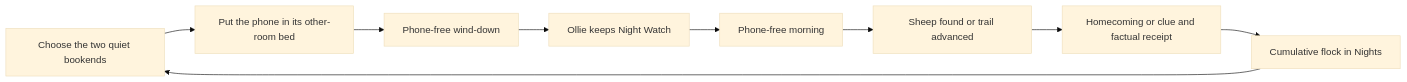
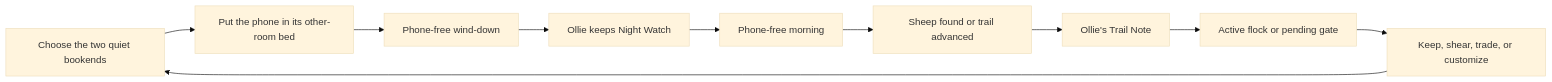
Before and after one commit to papermelon/phone-in-the-other-room: the diagram in docs/REWARDS.md, drawn with Mermaid (base theme). The commit also changed other lines of this file and 319 other files, not shown here.

````diff
--- a/docs/REWARDS.md
+++ b/docs/REWARDS.md
@@ -10,11 +10,12 @@
 ```mermaid
 flowchart LR
     Plan[Choose the two quiet bookends] --> Away[Put the phone in its other-room bed]
     Away --> Evening[Phone-free wind-down]
     Evening --> Night[Ollie keeps Night Watch]
     Night --> Morning[Phone-free morning]
     Morning --> Search[Sheep found or trail advanced]
-    Search --> Arrival[Homecoming or clue and factual receipt]
-    Arrival --> Nights[Cumulative flock in Nights]
-    Nights --> Plan
+    Search --> Note[Ollie's Trail Note]
+    Note --> Arrival[Active flock or pending gate]
+    Arrival --> Choice[Keep, shear, trade, or customize]
+    Choice --> Plan
 ```
````
